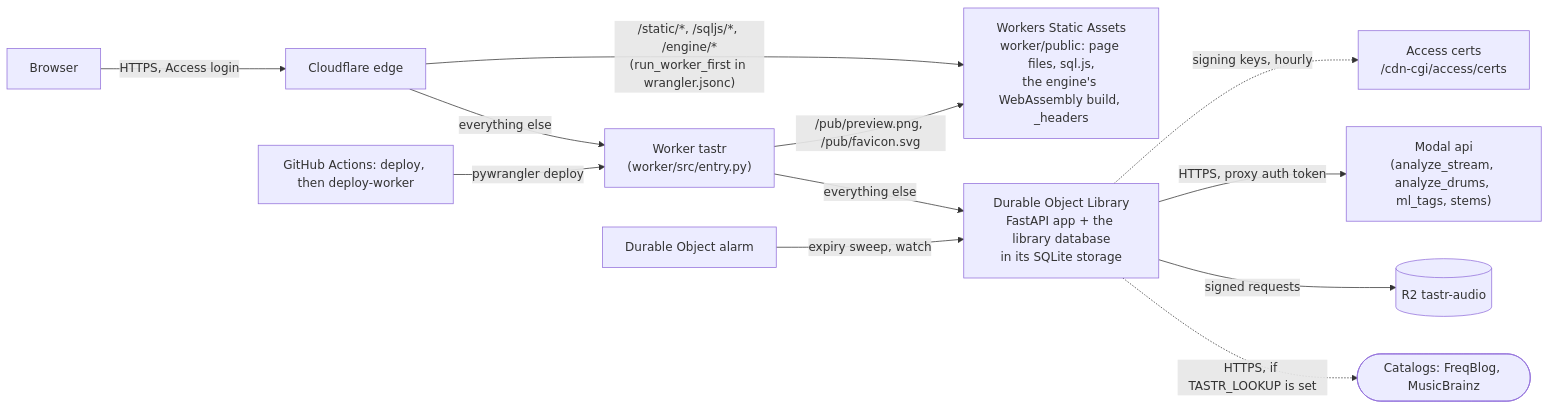
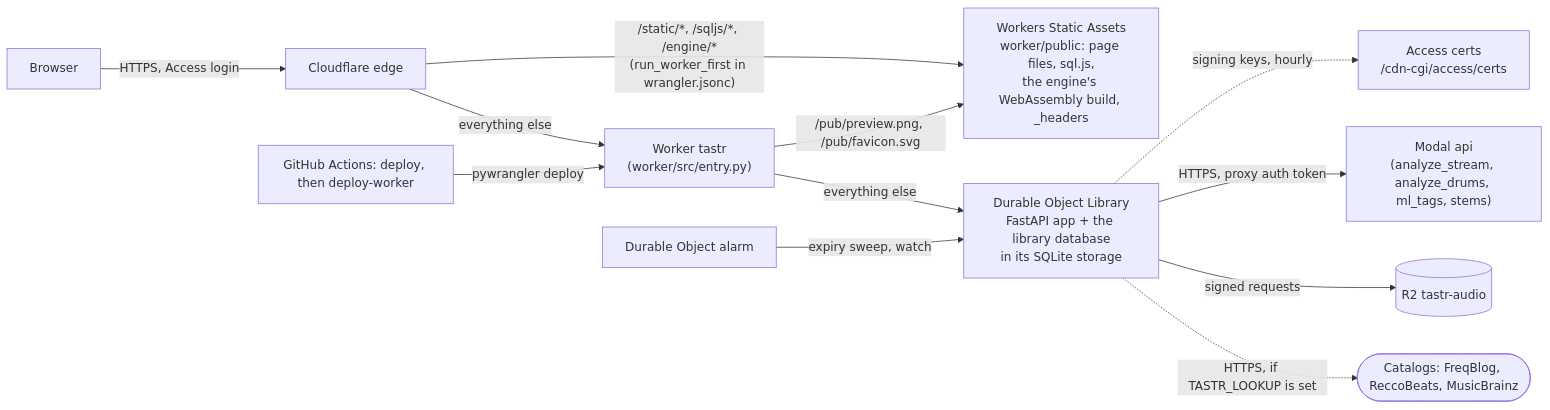
One commit to pocketIlmatto/tastr changed the third of 3 diagrams in docs/hosting-map.md. Above: the diagram before and after it, drawn with Mermaid. The commit also changed other lines of this file and 7 other files, not shown here.

First line of the commit message:
Lookups: add ReccoBeats as a BPM-only "Listed elsewhere" source (#167)

````diff
--- a/docs/hosting-map.md
+++ b/docs/hosting-map.md
@@ -320,14 +320,14 @@
 ```mermaid
 flowchart LR
     B[Browser] -->|HTTPS, Access login| CF[Cloudflare edge]
     CF -->|"everything else"| W["Worker tastr<br/>(worker/src/entry.py)"]
     CF -->|"/static/*, /sqljs/*, /engine/*<br/>(run_worker_first in wrangler.jsonc)"| SA["Workers Static Assets<br/>worker/public: page files, sql.js,<br/>the engine's WebAssembly build, _headers"]
     W -->|"/pub/preview.png, /pub/favicon.svg"| SA
     W -->|everything else| DO["Durable Object Library<br/>FastAPI app + the library database<br/>in its SQLite storage"]
     DO -.->|signing keys, hourly| AK[Access certs<br/>/cdn-cgi/access/certs]
     AL[Durable Object alarm] -->|expiry sweep, watch| DO
     GHD[GitHub Actions: deploy, then deploy-worker] -->|pywrangler deploy| W
     DO -->|HTTPS, proxy auth token| MA["Modal api<br/>(analyze_stream, analyze_drums, ml_tags, stems)"]
     DO -->|signed requests| R2B[(R2 tastr-audio)]
-    DO -.->|HTTPS, if TASTR_LOOKUP is set| CAT2([Catalogs: FreqBlog, MusicBrainz])
+    DO -.->|HTTPS, if TASTR_LOOKUP is set| CAT2([Catalogs: FreqBlog, ReccoBeats, MusicBrainz])
 ```
````
